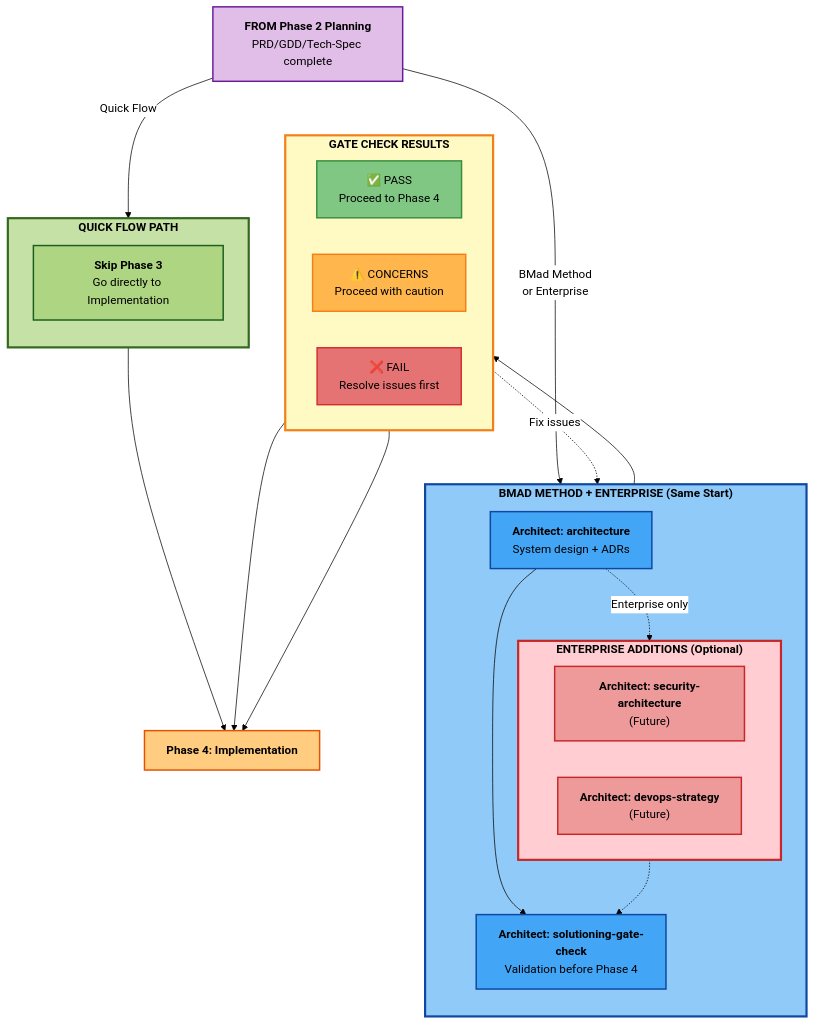
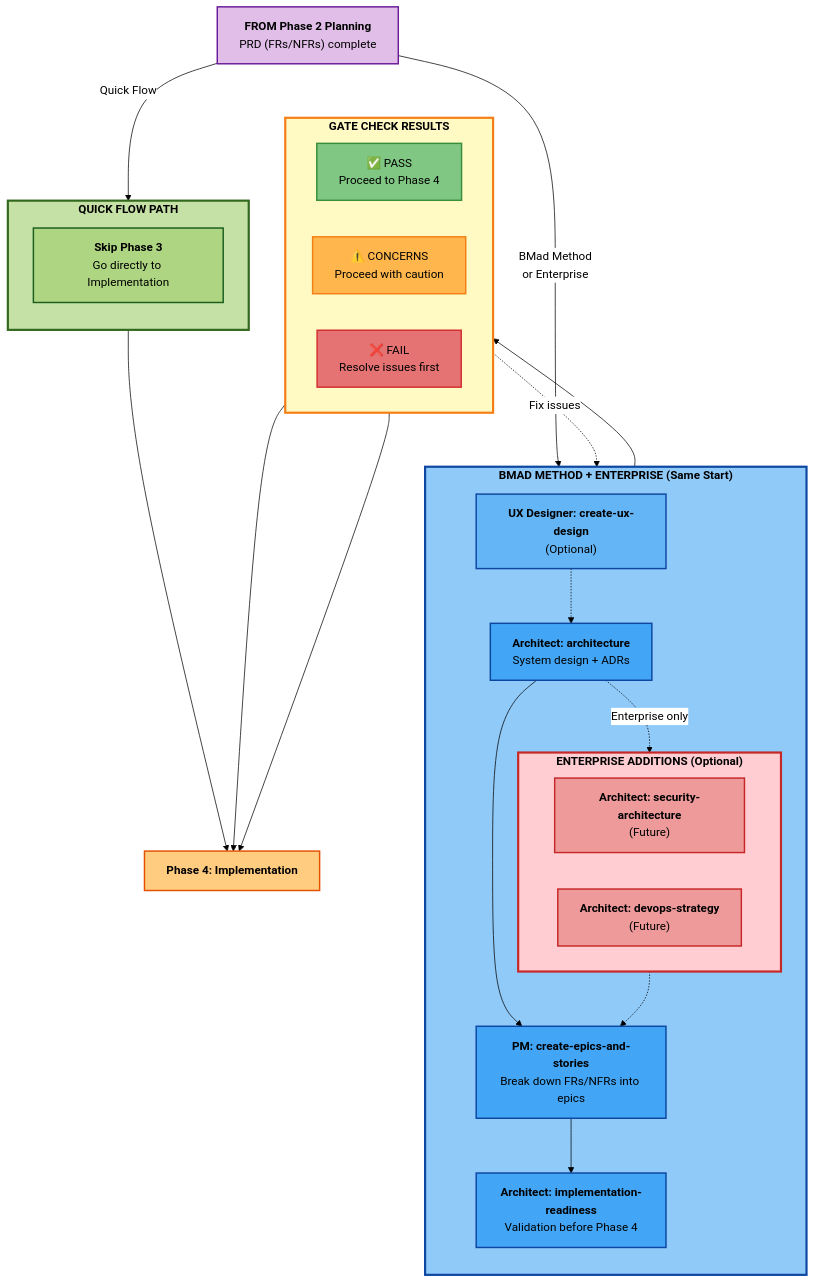
The diagram in .bmad/bmm/docs/workflows-solutioning.md (IBE160/SG-NextGenCoding), drawn with Mermaid before and after one commit. The commit also changed other lines of this file and 194 other files, not shown here.

````diff
--- a/.bmad/bmm/docs/workflows-solutioning.md
+++ b/.bmad/bmm/docs/workflows-solutioning.md
@@ -19,59 +19,65 @@
 ```mermaid
 %%{init: {'theme':'base', 'themeVariables': { 'primaryColor':'#fff','primaryTextColor':'#000','primaryBorderColor':'#000','lineColor':'#000','fontSize':'16px','fontFamily':'arial'}}}%%
 graph TB
-    FromPlanning["<b>FROM Phase 2 Planning</b><br/>PRD/GDD/Tech-Spec complete"]
+    FromPlanning["<b>FROM Phase 2 Planning</b><br/>PRD (FRs/NFRs) complete"]
 
     subgraph QuickFlow["<b>QUICK FLOW PATH</b>"]
         direction TB
         SkipArch["<b>Skip Phase 3</b><br/>Go directly to Implementation"]
     end
 
     subgraph BMadEnterprise["<b>BMAD METHOD + ENTERPRISE (Same Start)</b>"]
         direction TB
+        OptionalUX["<b>UX Designer: create-ux-design</b><br/>(Optional)"]
         Architecture["<b>Architect: architecture</b><br/>System design + ADRs"]
 
         subgraph Optional["<b>ENTERPRISE ADDITIONS (Optional)</b>"]
             direction LR
             SecArch["<b>Architect: security-architecture</b><br/>(Future)"]
             DevOps["<b>Architect: devops-strategy</b><br/>(Future)"]
         end
 
-        GateCheck["<b>Architect: solutioning-gate-check</b><br/>Validation before Phase 4"]
+        EpicsStories["<b>PM: create-epics-and-stories</b><br/>Break down FRs/NFRs into epics"]
+        GateCheck["<b>Architect: implementation-readiness</b><br/>Validation before Phase 4"]
 
+        OptionalUX -.-> Architecture
         Architecture -.->|Enterprise only| Optional
-        Architecture --> GateCheck
-        Optional -.-> GateCheck
+        Architecture --> EpicsStories
+        Optional -.-> EpicsStories
+        EpicsStories --> GateCheck
     end
 
     subgraph Result["<b>GATE CHECK RESULTS</b>"]
         direction LR
         Pass["✅ PASS<br/>Proceed to Phase 4"]
         Concerns["⚠️ CONCERNS<br/>Proceed with caution"]
         Fail["❌ FAIL<br/>Resolve issues first"]
     end
 
     FromPlanning -->|Quick Flow| QuickFlow
-    FromPlanning -->|BMad Method<br/>or Enterprise| Architecture
+    FromPlanning -->|BMad Method<br/>or Enterprise| OptionalUX
 
     QuickFlow --> Phase4["<b>Phase 4: Implementation</b>"]
     GateCheck --> Result
     Pass --> Phase4
     Concerns --> Phase4
     Fail -.->|Fix issues| Architecture
 
     style FromPlanning fill:#e1bee7,stroke:#6a1b9a,stroke-width:2px,color:#000
     style QuickFlow fill:#c5e1a5,stroke:#33691e,stroke-width:3px,color:#000
     style BMadEnterprise fill:#90caf9,stroke:#0d47a1,stroke-width:3px,color:#000
     style Optional fill:#ffcdd2,stroke:#c62828,stroke-width:3px,color:#000
     style Result fill:#fff9c4,stroke:#f57f17,stroke-width:3px,color:#000
     style Phase4 fill:#ffcc80,stroke:#e65100,stroke-width:2px,color:#000
 
     style SkipArch fill:#aed581,stroke:#1b5e20,stroke-width:2px,color:#000
+    style OptionalUX fill:#64b5f6,stroke:#0d47a1,stroke-width:2px,color:#000
     style Architecture fill:#42a5f5,stroke:#0d47a1,stroke-width:2px,color:#000
     style SecArch fill:#ef9a9a,stroke:#c62828,stroke-width:2px,color:#000
     style DevOps fill:#ef9a9a,stroke:#c62828,stroke-width:2px,color:#000
+    style EpicsStories fill:#42a5f5,stroke:#0d47a1,stroke-width:2px,color:#000
     style GateCheck fill:#42a5f5,stroke:#0d47a1,stroke-width:2px,color:#000
     style Pass fill:#81c784,stroke:#388e3c,stroke-width:2px,color:#000
     style Concerns fill:#ffb74d,stroke:#f57f17,stroke-width:2px,color:#000
     style Fail fill:#e57373,stroke:#d32f2f,stroke-width:2px,color:#000
 ```
````
